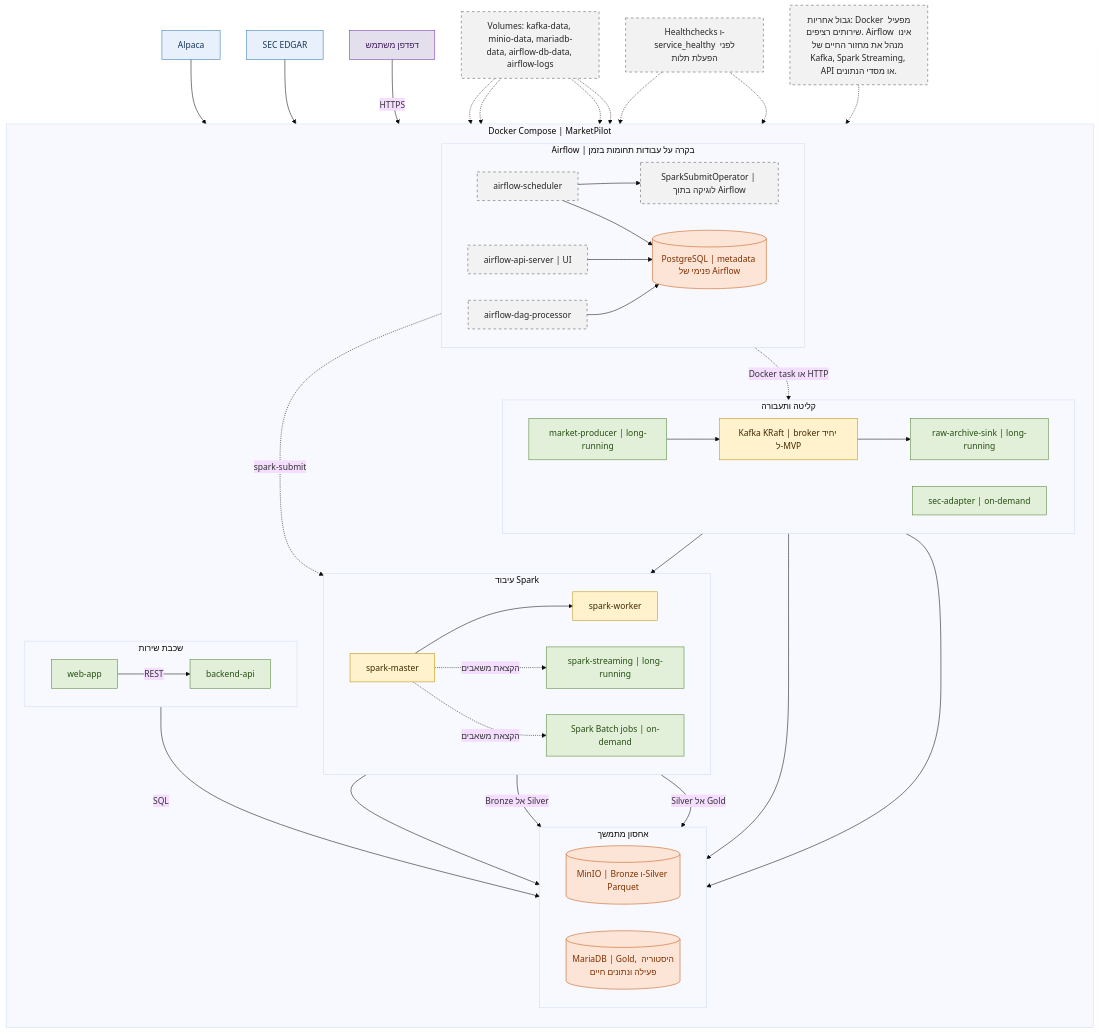
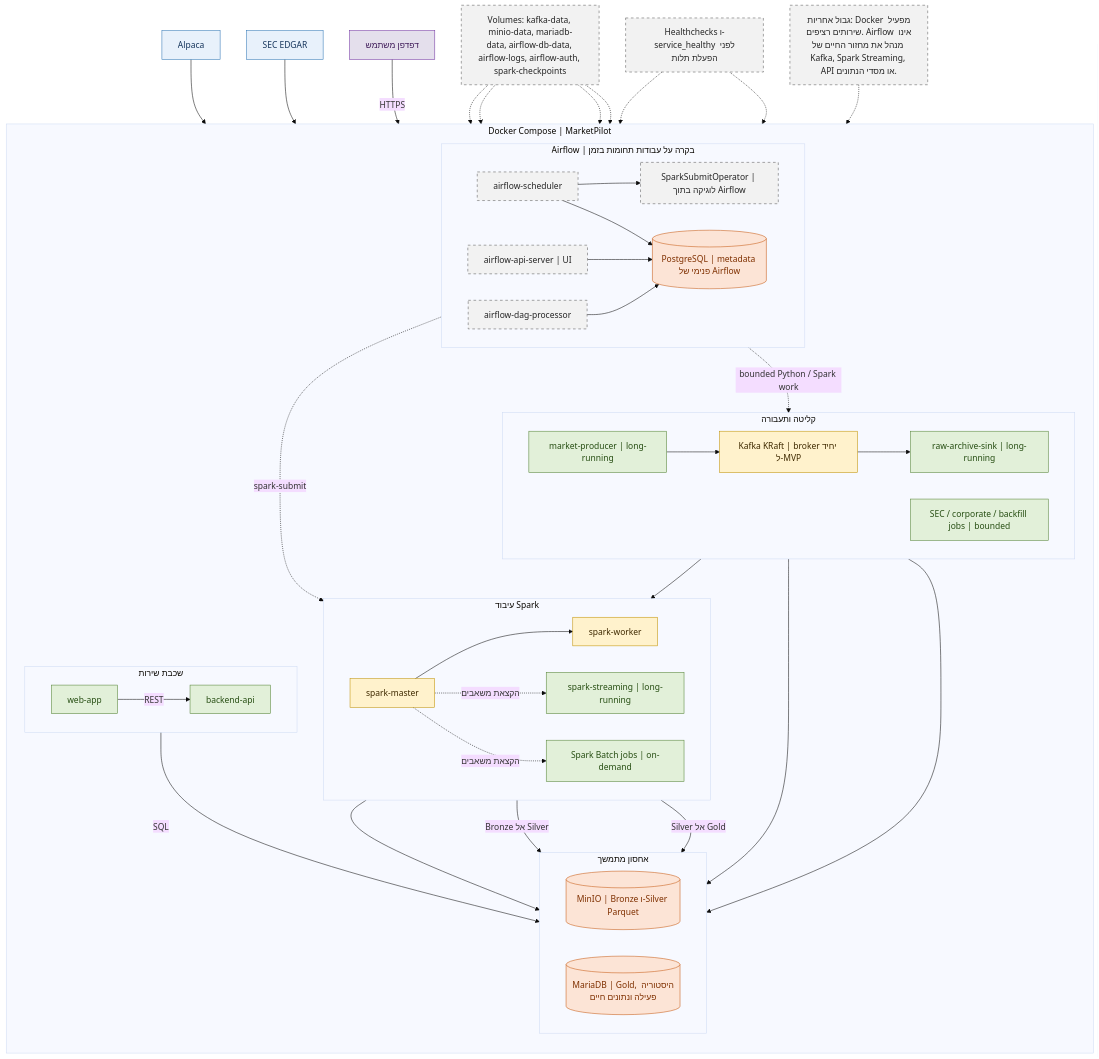
One commit to amihaygr/MarketPilot changed the diagram in docs/architecture/diagrams/marketpilot-docker-architecture.mmd. Above: the diagram before and after it, drawn with Mermaid (base theme). The commit also changed 38 other files, not shown here.

```diff
--- a/docs/architecture/diagrams/marketpilot-docker-architecture.mmd
+++ b/docs/architecture/diagrams/marketpilot-docker-architecture.mmd
@@ -1,95 +1,95 @@
 flowchart TB
     classDef external fill:#E8F1FB,stroke:#2E74B5,color:#17365D
     classDef service fill:#E2F0D9,stroke:#548235,color:#274E13
     classDef platform fill:#FFF2CC,stroke:#BF9000,color:#3F2A00
     classDef database fill:#FCE4D6,stroke:#C65911,color:#7F3000
     classDef airflow fill:#F2F2F2,stroke:#595959,color:#262626,stroke-dasharray:5 5
     classDef user fill:#E4DFEC,stroke:#7030A0,color:#3F1B59
 
     alpaca["Alpaca"]
     sec["SEC EDGAR"]
     browser["דפדפן משתמש"]
 
     subgraph COMPOSE["Docker Compose | MarketPilot"]
         direction TB
 
         subgraph INGEST["קליטה ותעבורה"]
             direction LR
             producer["market-producer | long-running"]
             kafka["Kafka KRaft | broker יחיד ל-MVP"]
-            secadapter["sec-adapter | on-demand"]
+            bounded["SEC / corporate / backfill jobs | bounded"]
             rawsink["raw-archive-sink | long-running"]
         end
 
         subgraph SPARK["עיבוד Spark"]
             direction LR
             master["spark-master"]
             worker["spark-worker"]
             streaming["spark-streaming | long-running"]
             batch["Spark Batch jobs | on-demand"]
             master --> worker
             master -. "הקצאת משאבים" .-> streaming
             master -. "הקצאת משאבים" .-> batch
         end
 
         subgraph STORE["אחסון מתמשך"]
             direction LR
             minio[("MinIO | Bronze ו-Silver Parquet")]
             mariadb[("MariaDB | Gold, היסטוריה פעילה ונתונים חיים")]
         end
 
         subgraph ORCH["Airflow | בקרה על עבודות תחומות בזמן"]
             direction LR
             scheduler["airflow-scheduler"]
             apiserver["airflow-api-server | UI"]
             dagprocessor["airflow-dag-processor"]
             airflowdb[("PostgreSQL | metadata פנימי של Airflow")]
             sparkop["SparkSubmitOperator | לוגיקה בתוך Airflow"]
             scheduler --> sparkop
             scheduler --> airflowdb
             apiserver --> airflowdb
             dagprocessor --> airflowdb
         end
 
         subgraph SERVE["שכבת שירות"]
             direction LR
             api["backend-api"]
             web["web-app"]
             web -->|"REST"| api
         end
 
         producer --> kafka
         kafka --> streaming
         kafka --> rawsink
         rawsink --> minio
         streaming --> mariadb
-        secadapter --> minio
+        bounded --> minio
         batch -->|"Bronze אל Silver"| minio
         batch -->|"Silver אל Gold"| mariadb
         sparkop -. "spark-submit" .-> master
-        scheduler -. "Docker task או HTTP" .-> secadapter
+        scheduler -. "bounded Python / Spark work" .-> bounded
         api -->|"SQL"| mariadb
     end
 
     alpaca --> producer
-    sec --> secadapter
+    sec --> bounded
     browser -->|"HTTPS"| web
 
-    volumes["Volumes: kafka-data, minio-data, mariadb-data, airflow-db-data, airflow-logs"]
+    volumes["Volumes: kafka-data, minio-data, mariadb-data, airflow-db-data, airflow-logs, airflow-auth, spark-checkpoints"]
     readiness["Healthchecks ו-service_healthy לפני הפעלת תלות"]
     volumes -.-> kafka
     volumes -.-> minio
     volumes -.-> mariadb
     volumes -.-> airflowdb
     readiness -.-> scheduler
     readiness -.-> api
 
     boundary["גבול אחריות: Docker מפעיל שירותים רציפים. Airflow אינו מנהל את מחזור החיים של Kafka, Spark Streaming, API או מסדי הנתונים."]
     boundary -.-> streaming
 
     class alpaca,sec external
-    class producer,secadapter,rawsink,streaming,batch,api,web service
+    class producer,bounded,rawsink,streaming,batch,api,web service
     class kafka,master,worker platform
     class minio,mariadb,airflowdb database
     class scheduler,apiserver,dagprocessor,sparkop,readiness,boundary,volumes airflow
     class browser user
```
